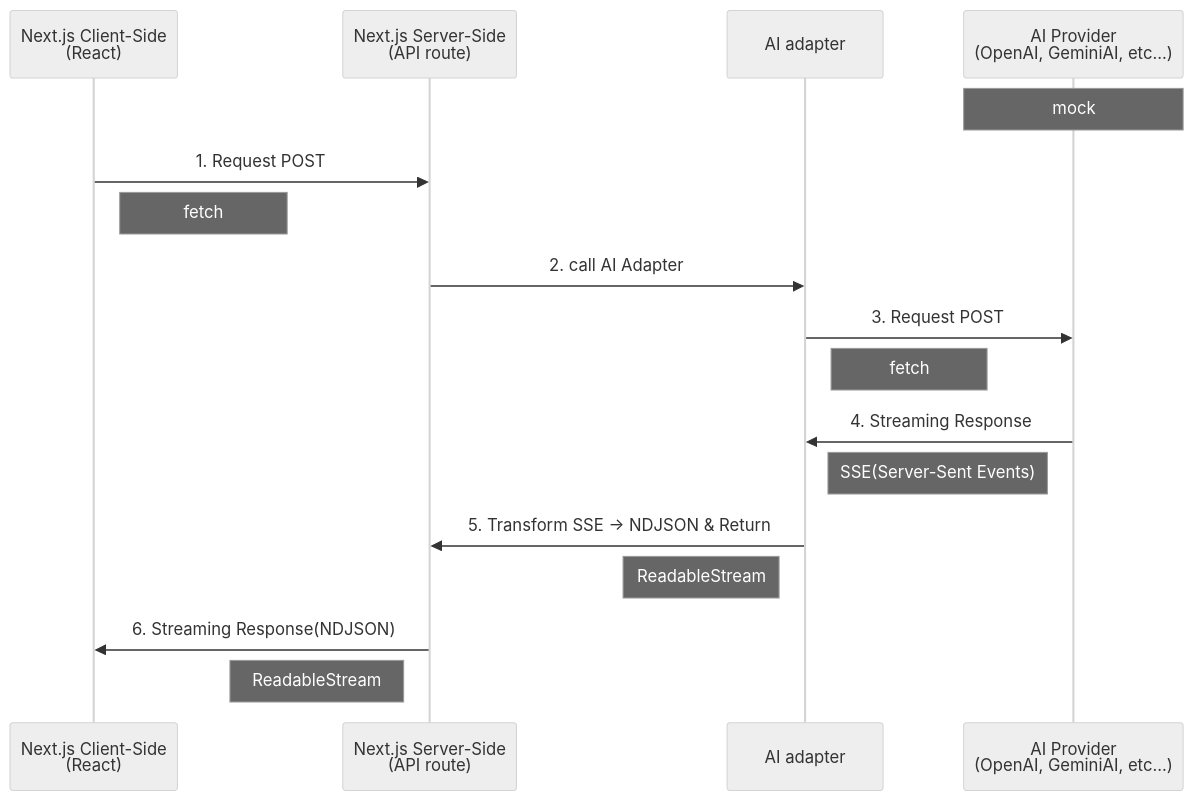
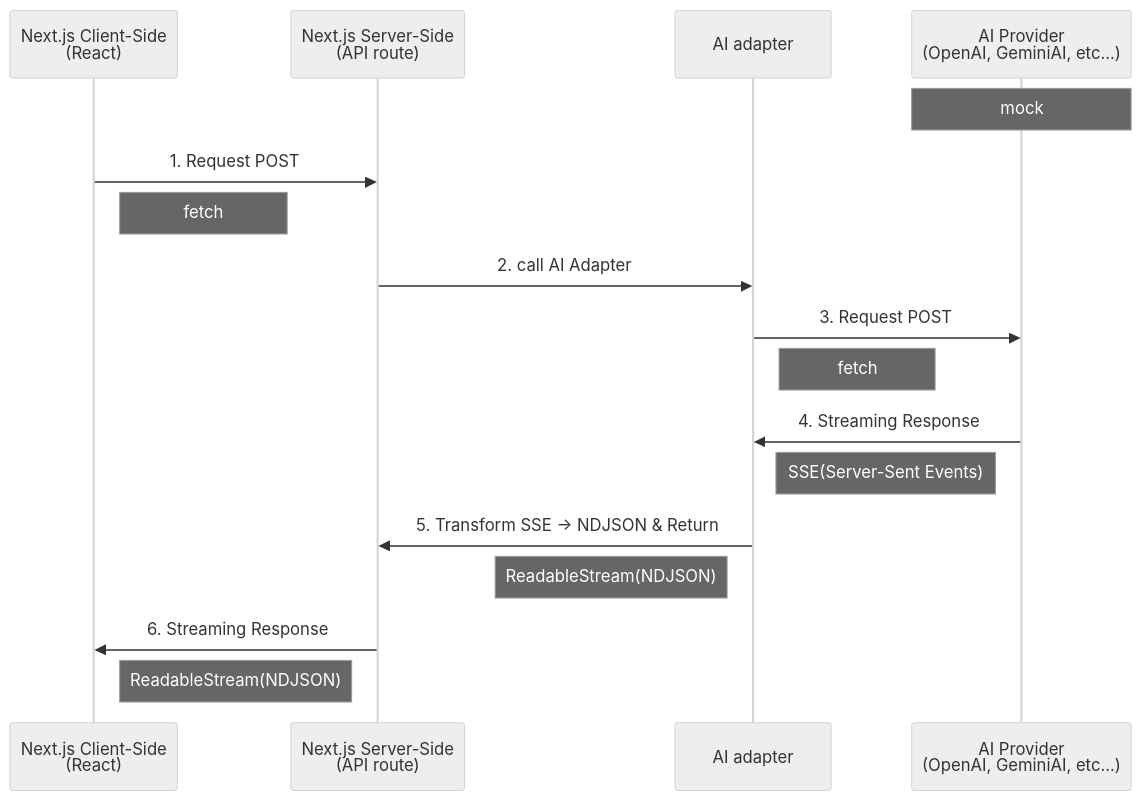
The diagram in _docs/memo.md (sudo-yoko/portfolio-nextjs), drawn with Mermaid (neutral theme) before and after one commit.

````diff
--- a/_docs/memo.md
+++ b/_docs/memo.md
@@ -1,27 +1,27 @@
  ```mermaid
 
 sequenceDiagram
 participant C as Next.js Client-Side<br>(React)
 participant S as Next.js Server-Side<br>(API route)
 participant AD as AI adapter
 participant A as AI Provider<br>(OpenAI, GeminiAI, etc...)
 Note over A: mock
 
 C->>S: 1. Request POST
 Note right of C: fetch
 
 S->>AD: 2. call AI Adapter
 
 AD->>A: 3. Request POST
 Note Right of AD: fetch
 
 A->>AD: 4. Streaming Response
 Note left of A: SSE(Server-Sent Events)
 
 AD->>S: 5. Transform SSE → NDJSON & Return
-Note left of AD: ReadableStream
+Note left of AD: ReadableStream(NDJSON)
 
-S->>C: 6. Streaming Response(NDJSON)
-Note left of S: ReadableStream
+S->>C: 6. Streaming Response
+Note left of S: ReadableStream(NDJSON)
 
  ```
````
